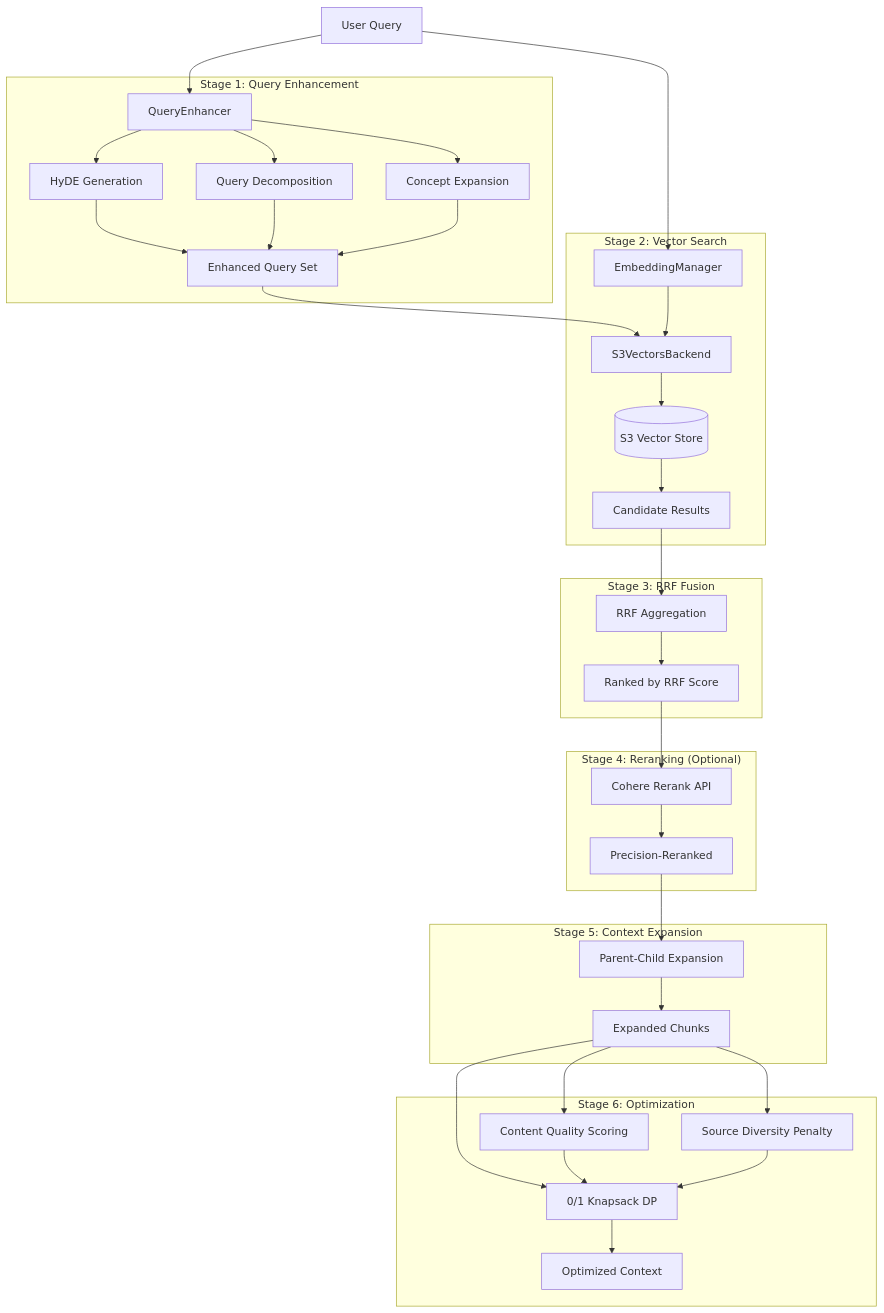
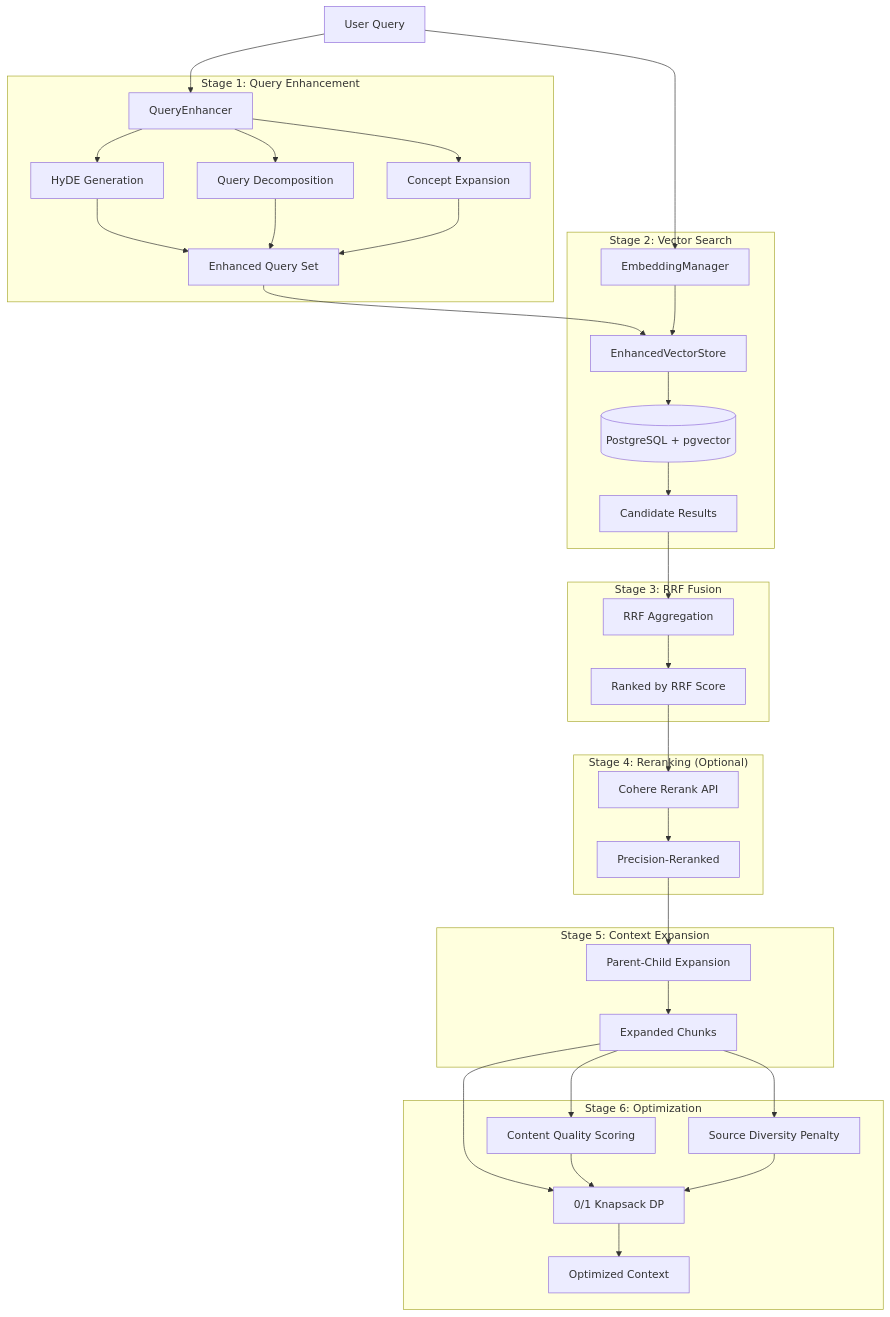
The first of 4 diagrams in docs/knowledge-base-rag/rag-retrieval-system.md (AutomatosAI/automatos-ai), drawn with Mermaid before and after one commit. The commit also changed other lines of this file and 149 other files, not shown here.

Commit message:
docs: refresh documentation with graphify semantic scan

````diff
--- a/docs/knowledge-base-rag/rag-retrieval-system.md
+++ b/docs/knowledge-base-rag/rag-retrieval-system.md
@@ -35,71 +45,71 @@
 ```mermaid
 graph TB
-    Query[User Query]
+    Query["User Query"]
     
     subgraph "Stage 1: Query Enhancement"
-        QueryEnhancer[QueryEnhancer]
-        HyDE[HyDE Generation]
-        Decomp[Query Decomposition]
-        Expansion[Concept Expansion]
-        EnhancedQueries[Enhanced Query Set]
+        QueryEnhancer["QueryEnhancer"]
+        HyDE["HyDE Generation"]
+        Decomp["Query Decomposition"]
+        Expansion["Concept Expansion"]
+        EnhancedQueries["Enhanced Query Set"]
     end
     
     subgraph "Stage 2: Vector Search"
-        S3Backend[S3VectorsBackend]
-        EmbeddingMgr[EmbeddingManager]
-        VectorDB[(S3 Vector Store)]
-        Candidates[Candidate Results]
+        VectorStore["EnhancedVectorStore"]
+        EmbeddingMgr["EmbeddingManager"]
+        VectorDB[("PostgreSQL + pgvector")]
+        Candidates["Candidate Results"]
     end
     
     subgraph "Stage 3: RRF Fusion"
-        RRFAgg[RRF Aggregation]
-        RankedCands[Ranked by RRF Score]
+        RRFAgg["RRF Aggregation"]
+        RankedCands["Ranked by RRF Score"]
     end
     
     subgraph "Stage 4: Reranking (Optional)"
-        CohereRerank[Cohere Rerank API]
-        Reranked[Precision-Reranked]
+        CohereRerank["Cohere Rerank API"]
+        Reranked["Precision-Reranked"]
     end
     
     subgraph "Stage 5: Context Expansion"
-        ParentChild[Parent-Child Expansion]
-        Expanded[Expanded Chunks]
+        ParentChild["Parent-Child Expansion"]
+        Expanded["Expanded Chunks"]
     end
     
     subgraph "Stage 6: Optimization"
-        KnapsackDP[0/1 Knapsack DP]
-        ContentQuality[Content Quality Scoring]
-        SourceDiversity[Source Diversity Penalty]
-        OptimizedContext[Optimized Context]
+        KnapsackDP["0/1 Knapsack DP"]
+        ContentQuality["Content Quality Scoring"]
+        SourceDiversity["Source Diversity Penalty"]
+        OptimizedContext["Optimized Context"]
     end
     
     Query --> QueryEnhancer
     QueryEnhancer --> HyDE
     QueryEnhancer --> Decomp
     QueryEnhancer --> Expansion
     HyDE --> EnhancedQueries
     Decomp --> EnhancedQueries
     Expansion --> EnhancedQueries
     
-    EnhancedQueries --> S3Backend
+    EnhancedQueries --> VectorStore
     Query --> EmbeddingMgr
-    EmbeddingMgr --> S3Backend
-    S3Backend --> VectorDB
+    EmbeddingMgr --> VectorStore
+    VectorStore --> VectorDB
     VectorDB --> Candidates
     
     Candidates --> RRFAgg
     RRFAgg --> RankedCands
     
     RankedCands --> CohereRerank
     CohereRerank --> Reranked
     
     Reranked --> ParentChild
     ParentChild --> Expanded
     
     Expanded --> KnapsackDP
     Expanded --> ContentQuality
     Expanded --> SourceDiversity
     ContentQuality --> KnapsackDP
     SourceDiversity --> KnapsackDP
     KnapsackDP --> OptimizedContext
 ```
````
